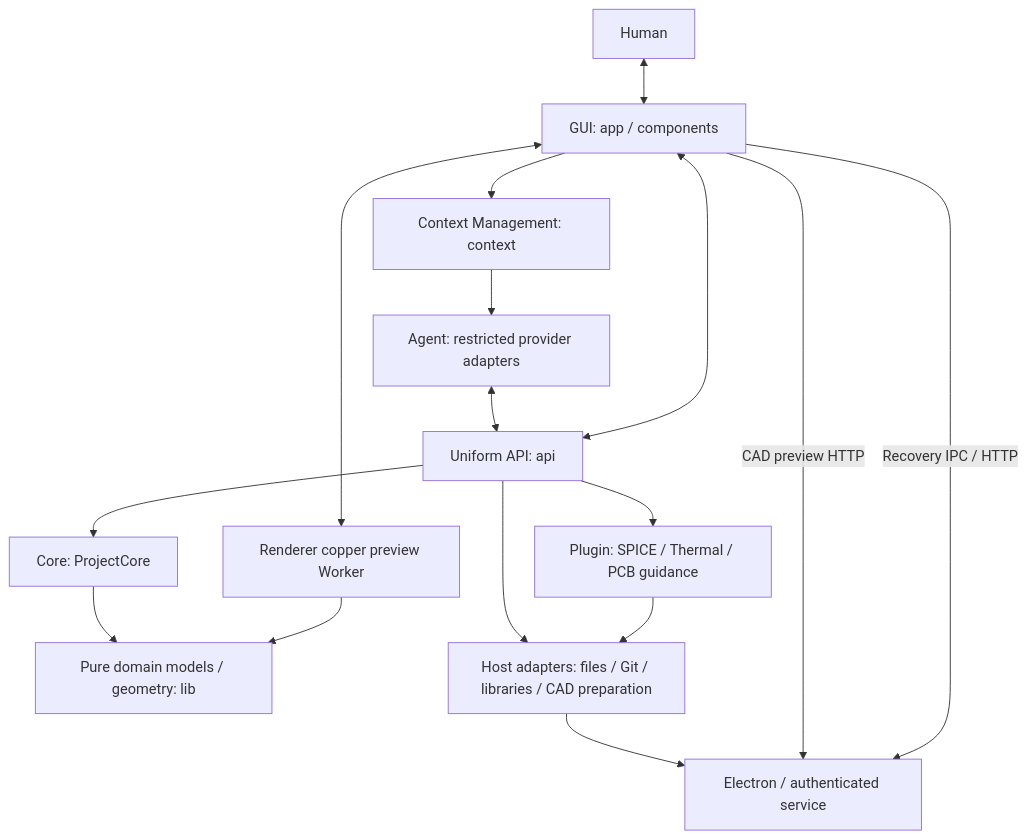
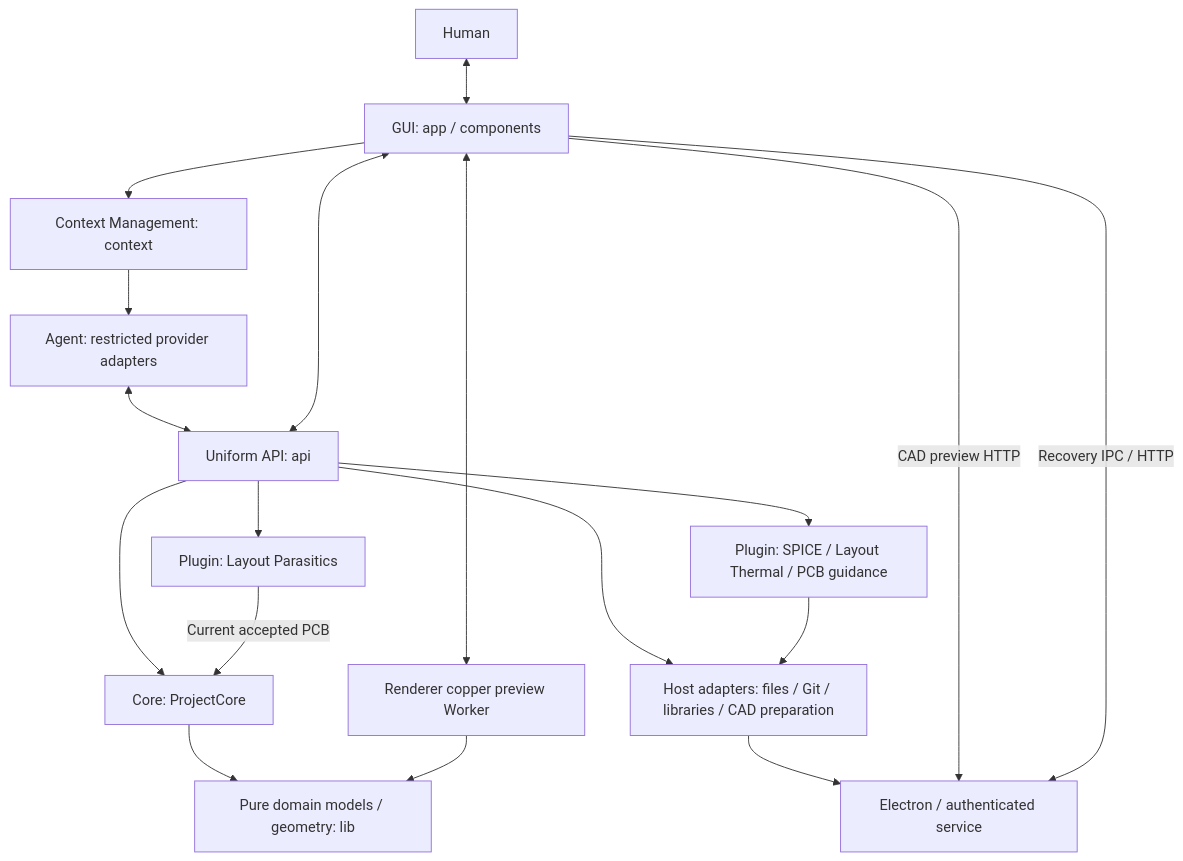
The first of 2 diagrams in docs/ARCHITECTURE.md (Open-Power-Electronics/OpenPE), drawn with Mermaid before and after one commit. The commit also changed other lines of this file and 63 other files, not shown here.

````diff
--- a/docs/ARCHITECTURE.md
+++ b/docs/ARCHITECTURE.md
@@ -13,18 +13,20 @@
 ```mermaid
 flowchart TB
     Human[Human] <--> GUI[GUI: app / components]
     GUI --> Context[Context Management: context]
     Context --> Agent[Agent: restricted provider adapters]
     Agent <--> API[Uniform API: api]
     GUI <--> API
     API --> Core[Core: ProjectCore]
     Core --> Domain[Pure domain models / geometry: lib]
     GUI <--> CopperWorker[Renderer copper preview Worker]
     CopperWorker --> Domain
-    API --> Plugin[Plugin: SPICE / Thermal / PCB guidance]
+    API --> Plugin[Plugin: SPICE / Layout Thermal / PCB guidance]
+    API --> Parasitics[Plugin: Layout Parasitics]
     API --> Ports[Host adapters: files / Git / libraries / CAD preparation]
     Plugin --> Ports
+    Parasitics -->|Current accepted PCB| Core
     Ports --> Host[Electron / authenticated service]
     GUI -->|CAD preview HTTP| Host
     GUI -->|Recovery IPC / HTTP| Host
 ```
````
